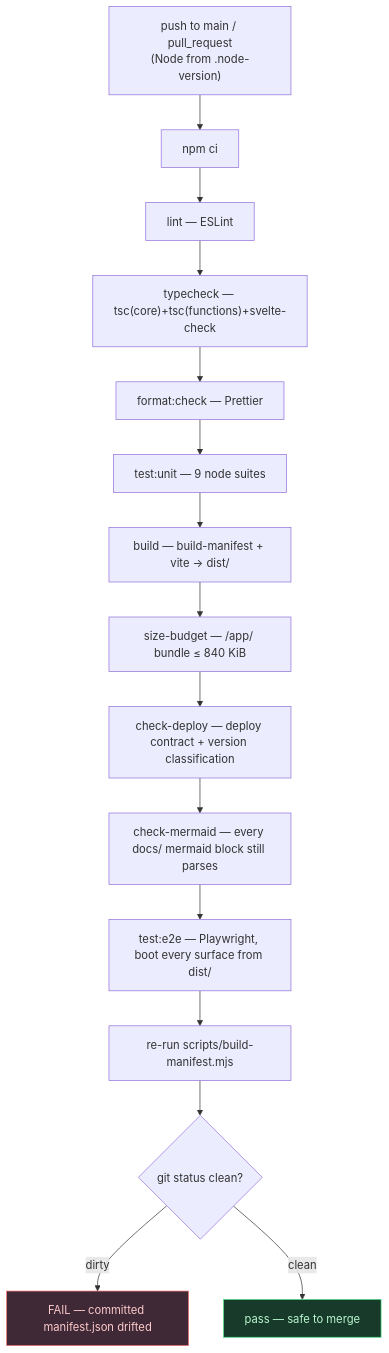
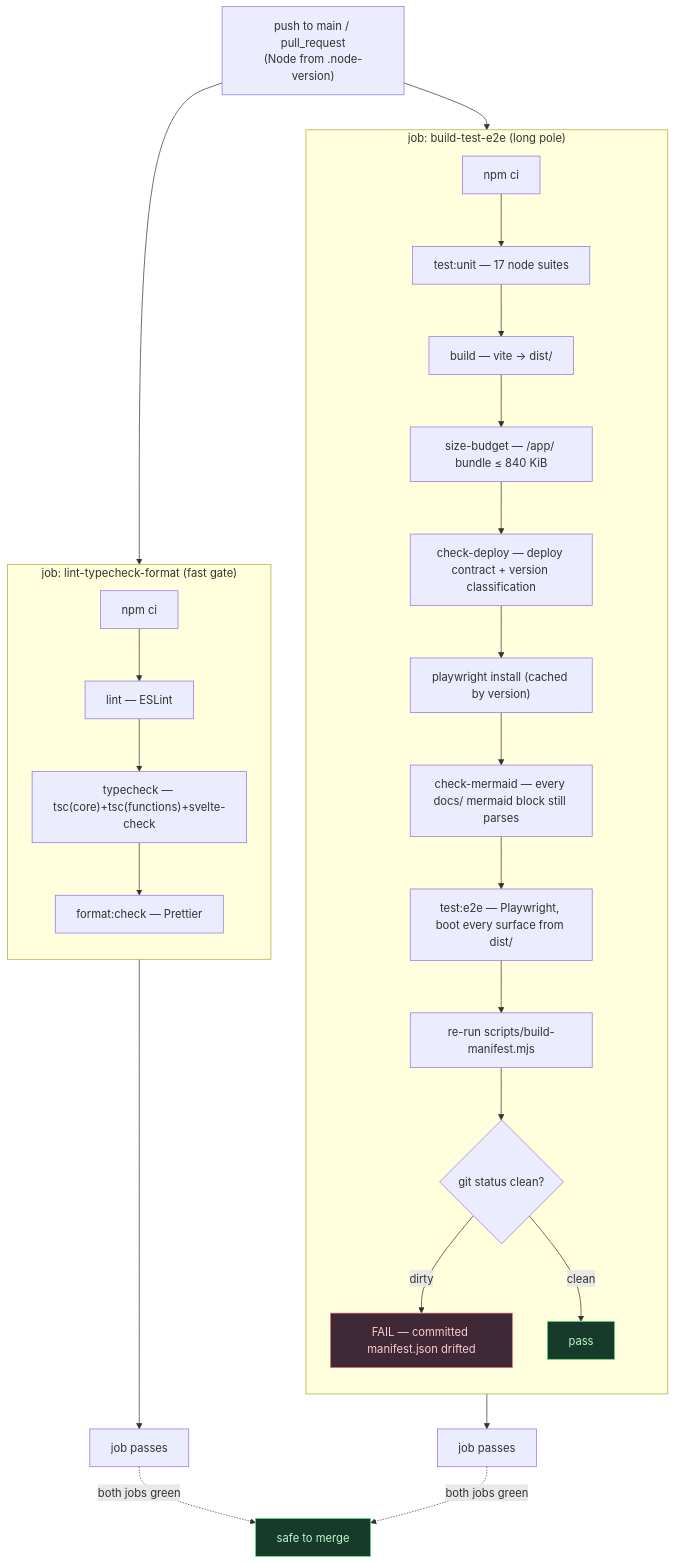
Before and after one commit to mitchGuthrieDev/blotterbook: the diagram in docs/architecture-diagrams/ci-pipeline.md, drawn with Mermaid. The commit also changed other lines of this file and 33 other files, not shown here.

First line of the commit message:
feat: backlog audit + docs sync, auth-flow diagram, Analytics/Calendar module sizing (A271/A272), changelog-email pages.dev fix (A315) (#129)

````diff
--- a/docs/architecture-diagrams/ci-pipeline.md
+++ b/docs/architecture-diagrams/ci-pipeline.md
@@ -9,20 +11,38 @@
 ```mermaid
 flowchart TD
-    TRIG["push to main / pull_request<br/>(Node from .node-version)"] --> S1["npm ci"]
-    S1 --> S2["lint — ESLint"]
-    S2 --> S3["typecheck — tsc(core)+tsc(functions)+svelte-check"]
-    S3 --> S4["format:check — Prettier"]
-    S4 --> S5["test:unit — 9 node suites"]
-    S5 --> S6["build — build-manifest + vite → dist/"]
-    S6 --> S7["size-budget — /app/ bundle ≤ 840 KiB"]
-    S7 --> S8["check-deploy — deploy contract + version classification"]
-    S8 --> S8B["check-mermaid — every docs/ mermaid block still parses"]
-    S8B --> S9["test:e2e — Playwright, boot every surface from dist/"]
-    S9 --> S10["re-run scripts/build-manifest.mjs"]
-    S10 --> GATE{"git status clean?"}
-    GATE -->|"dirty"| FAIL["FAIL — committed manifest.json drifted"]
-    GATE -->|"clean"| PASS["pass — safe to merge"]
+    TRIG["push to main / pull_request<br/>(Node from .node-version)"]
+
+    TRIG --> A1
+    TRIG --> B1
+
+    subgraph JOBA["job: lint-typecheck-format (fast gate)"]
+        direction TB
+        A1["npm ci"] --> A2["lint — ESLint"]
+        A2 --> A3["typecheck — tsc(core)+tsc(functions)+svelte-check"]
+        A3 --> A4["format:check — Prettier"]
+    end
+
+    subgraph JOBB["job: build-test-e2e (long pole)"]
+        direction TB
+        B1["npm ci"] --> B2["test:unit — 17 node suites"]
+        B2 --> B3["build — vite → dist/"]
+        B3 --> B4["size-budget — /app/ bundle ≤ 840 KiB"]
+        B4 --> B5["check-deploy — deploy contract + version classification"]
+        B5 --> B6["playwright install (cached by version)"]
+        B6 --> B7["check-mermaid — every docs/ mermaid block still parses"]
+        B7 --> B8["test:e2e — Playwright, boot every surface from dist/"]
+        B8 --> B9["re-run scripts/build-manifest.mjs"]
+        B9 --> GATE{"git status clean?"}
+        GATE -->|"dirty"| FAIL["FAIL — committed manifest.json drifted"]
+        GATE -->|"clean"| PASS["pass"]
+    end
+
+    A4 --> DONEA["job passes"]
+    PASS --> DONEB["job passes"]
+    DONEA -.->|"both jobs green"| MERGE["safe to merge"]
+    DONEB -.->|"both jobs green"| MERGE
 
     style FAIL fill:#3f2937,stroke:#f87171,color:#fecaca
     style PASS fill:#173a2a,stroke:#4ade80,color:#bbf7d0
+    style MERGE fill:#173a2a,stroke:#4ade80,color:#bbf7d0
 ```
````
